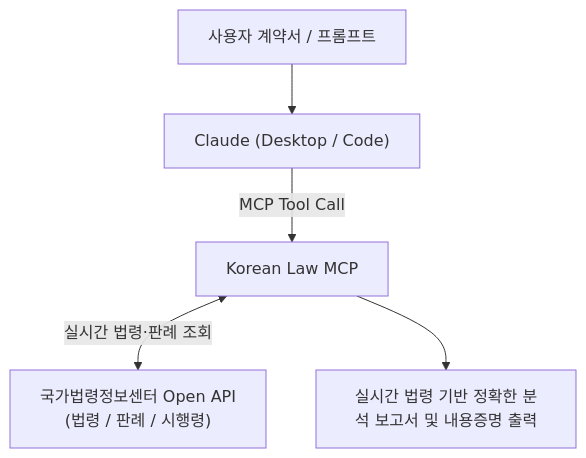
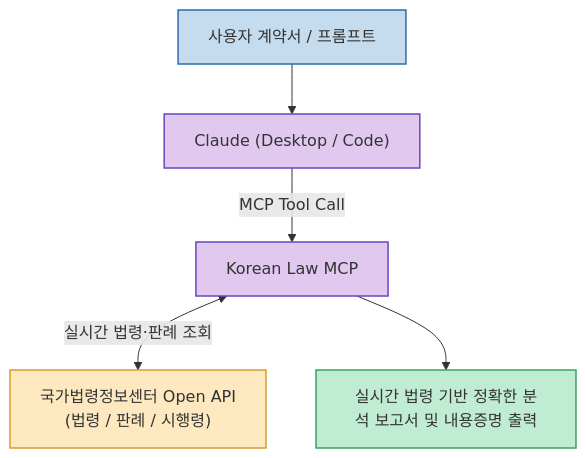
Before and after one commit to gyuha/gyuha.github.io: the diagram in content/post/2026/08/2026-08-19-korean-law-mcp-claude-contract-review.md, drawn with Mermaid. The commit also changed 937 other files, not shown here.

````diff
--- a/content/post/2026/08/2026-08-19-korean-law-mcp-claude-contract-review.md
+++ b/content/post/2026/08/2026-08-19-korean-law-mcp-claude-contract-review.md
@@ -34,7 +34,17 @@
 ```mermaid
 flowchart TD
+    classDef inputNode fill:#c5dcef,stroke:#2b6cb0,stroke-width:1.5px,color:#333;
+    classDef procNode fill:#e0c8ef,stroke:#6b46c1,stroke-width:1.5px,color:#333;
+    classDef apiNode fill:#fde8c0,stroke:#d69e2e,stroke-width:1.5px,color:#333;
+    classDef outNode fill:#c0ecd3,stroke:#38a169,stroke-width:1.5px,color:#333;
+
     User["사용자 계약서 / 프롬프트"] --> Claude["Claude (Desktop / Code)"]
     Claude -->|"MCP Tool Call"| LawMCP["Korean Law MCP"]
-    LawMCP <-->|"실시간 법령·판례 조회"| LawAPI["국가법령정보센터 Open API\n(법령 / 판례 / 시행령)"]
+    LawMCP <-->|"실시간 법령·판례 조회"| LawAPI["국가법령정보센터 Open API<br>(법령 / 판례 / 시행령)"]
     LawMCP --> Output["실시간 법령 기반 정확한 분석 보고서 및 내용증명 출력"]
+
+    class User inputNode;
+    class Claude,LawMCP procNode;
+    class LawAPI apiNode;
+    class Output outNode;
 ```
````
